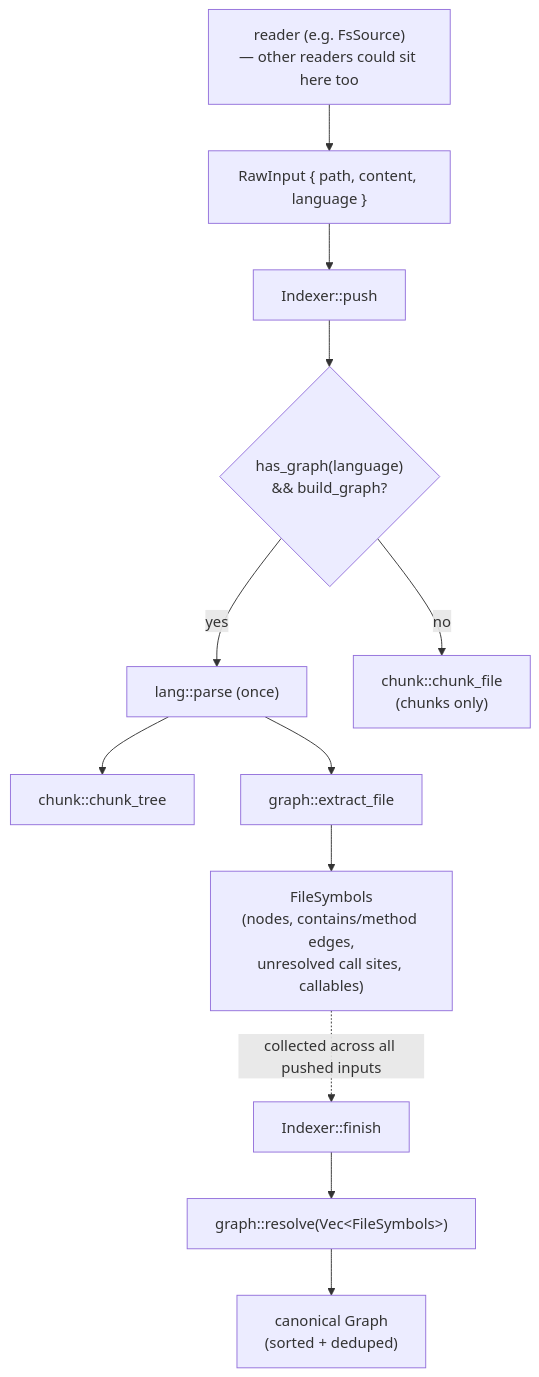
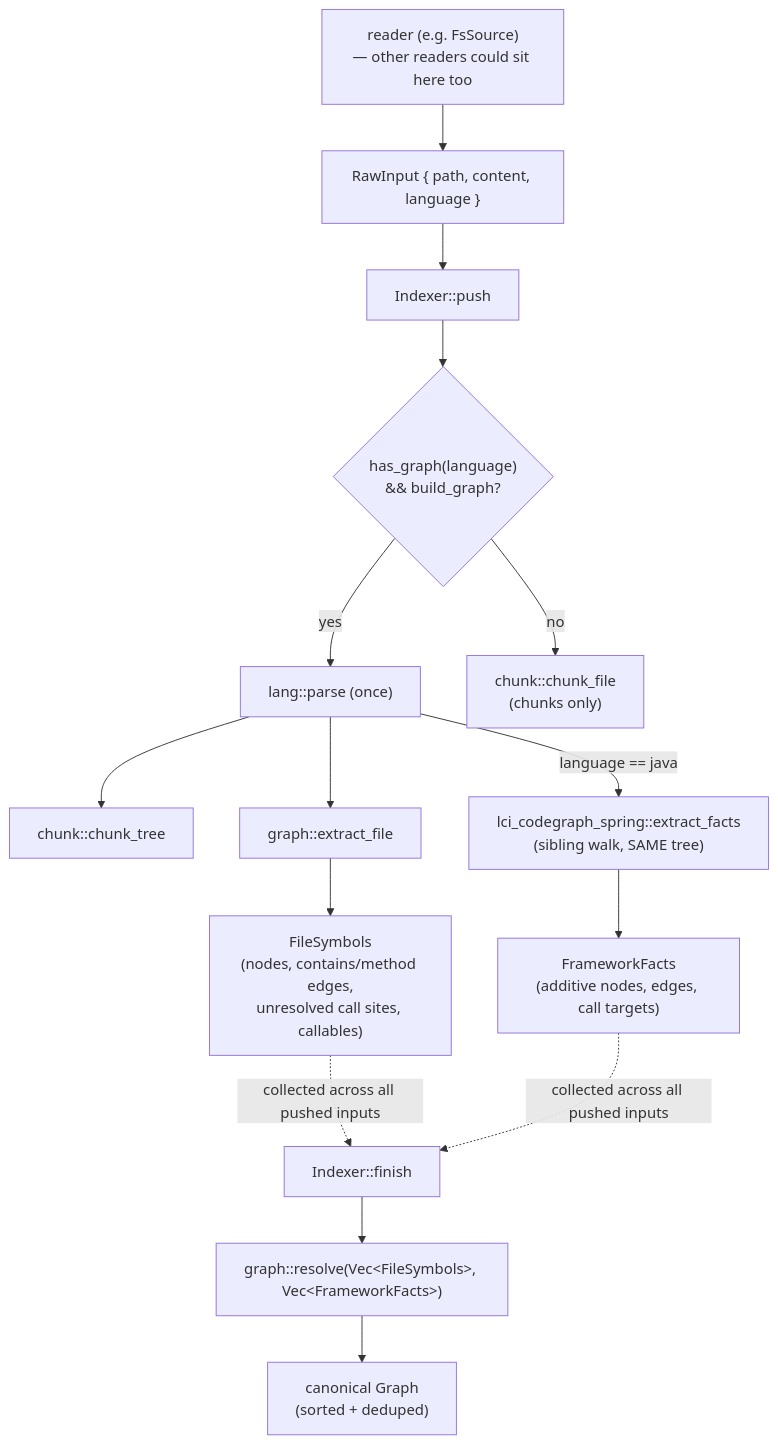
One commit to ADORSYS-GIS/lci-codegraph changed the first of 2 diagrams in docs/architecture.md. Above: the diagram before and after it, drawn with Mermaid. The commit also changed other lines of this file and 40 other files, not shown here.

First line of the commit message:
feat(graph)!: Spring-aware code graph, built on a general Java resolution fix (#18)

````diff
--- a/docs/architecture.md
+++ b/docs/architecture.md
@@ -32,14 +73,17 @@
 ```mermaid
 flowchart TD
     R["reader (e.g. FsSource)<br/>— other readers could sit here too"] --> RI["RawInput { path, content, language }"]
     RI --> P["Indexer::push"]
     P --> B{"has_graph(language)<br/>&& build_graph?"}
     B -- yes --> C["lang::parse (once)"]
     C --> D["chunk::chunk_tree"]
     C --> E["graph::extract_file"]
+    C -- "language == java" --> S["lci_codegraph_spring::extract_facts<br/>(sibling walk, SAME tree)"]
     B -- no --> F["chunk::chunk_file<br/>(chunks only)"]
     E --> G["FileSymbols<br/>(nodes, contains/method edges,<br/>unresolved call sites, callables)"]
+    S --> T["FrameworkFacts<br/>(additive nodes, edges, call targets)"]
     G -.->|"collected across all pushed inputs"| H["Indexer::finish"]
-    H --> I["graph::resolve(Vec&lt;FileSymbols&gt;)"]
+    T -.->|"collected across all pushed inputs"| H
+    H --> I["graph::resolve(Vec&lt;FileSymbols&gt;, Vec&lt;FrameworkFacts&gt;)"]
     I --> J["canonical Graph<br/>(sorted + deduped)"]
 ```
````
